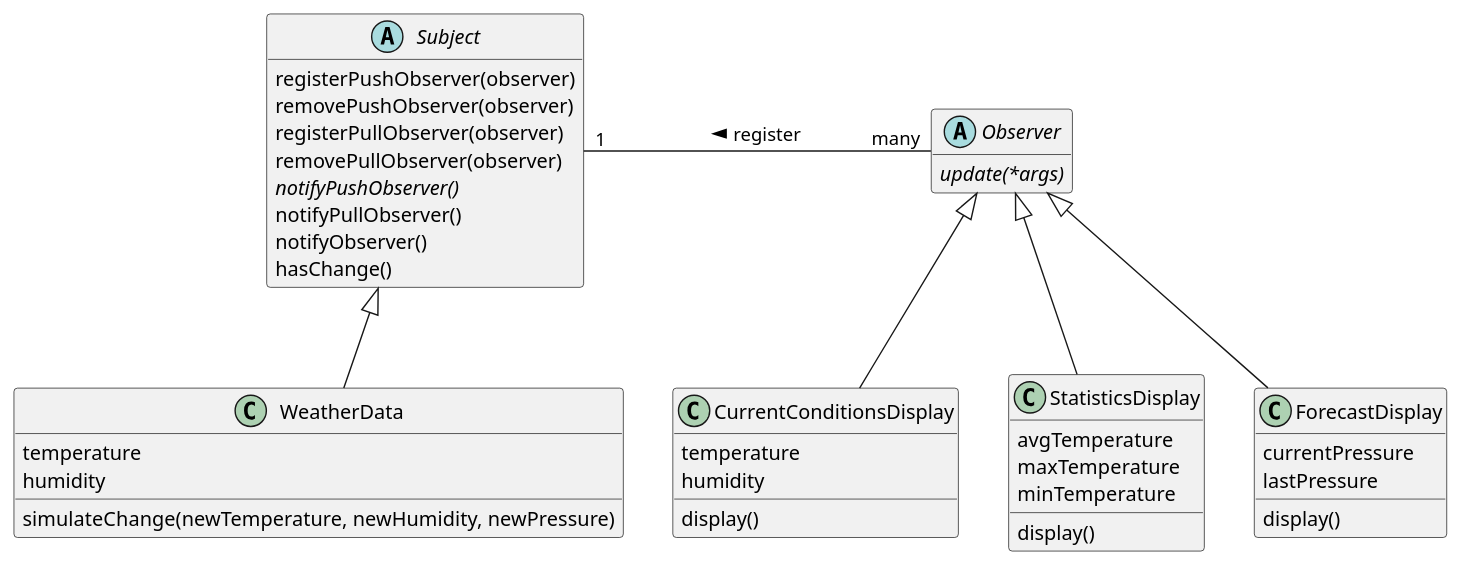
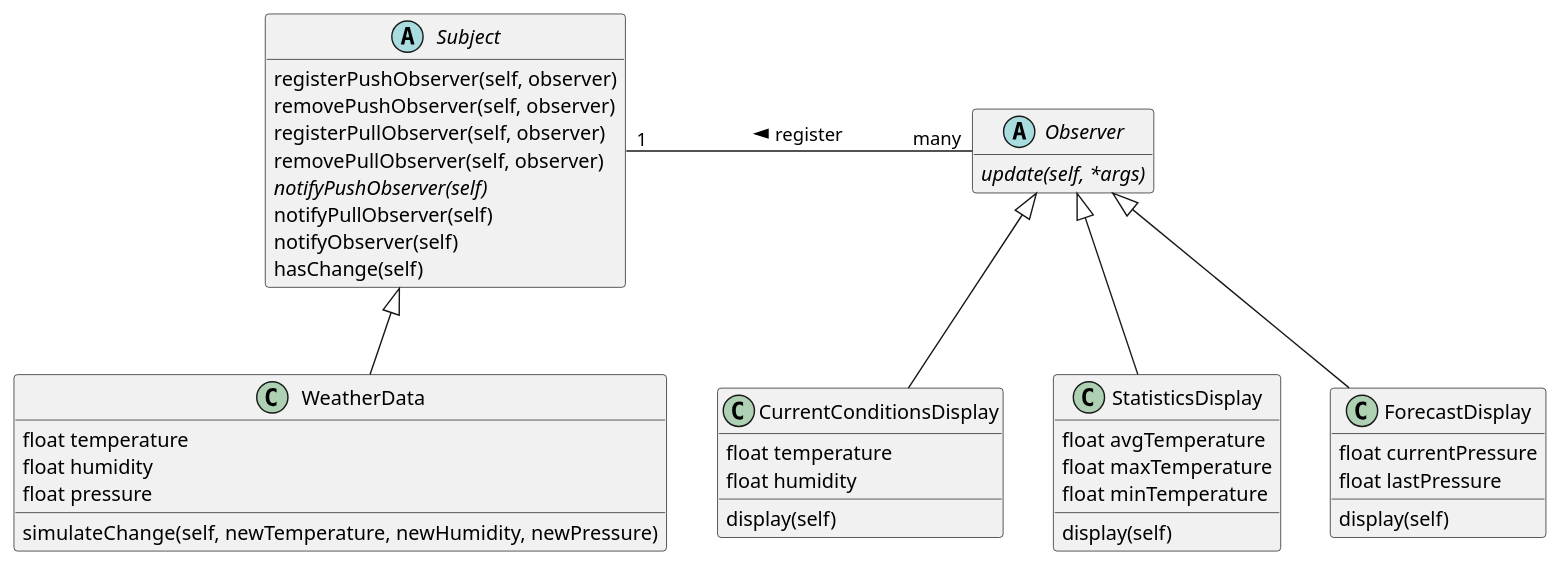
The diagram in 02_ObserverPattern/ObserverPattern.puml (gama79530/DesignPattern), drawn with PlantUML before and after one commit.

Commit message:
update Observer Pattern

```diff
--- a/02_ObserverPattern/ObserverPattern.puml
+++ b/02_ObserverPattern/ObserverPattern.puml
@@ -1,53 +1,54 @@
 @startuml
 
 hide empty members
 
 abstract class Subject{
-    registerPushObserver(observer)
-    removePushObserver(observer)
-    registerPullObserver(observer)
-    removePullObserver(observer)
-    {abstract} notifyPushObserver()
-    notifyPullObserver()
-    notifyObserver()
-    hasChange()
+    registerPushObserver(self, observer)
+    removePushObserver(self, observer)
+    registerPullObserver(self, observer)
+    removePullObserver(self, observer)
+    {abstract} notifyPushObserver(self)
+    notifyPullObserver(self)
+    notifyObserver(self)
+    hasChange(self)
 }
 
 class WeatherData{
-    temperature
-    humidity
-    simulateChange(newTemperature, newHumidity, newPressure)
+    float temperature
+    float humidity
+    float pressure
+    simulateChange(self, newTemperature, newHumidity, newPressure)
 }
 
 abstract class Observer{
-    {abstract} update(*args)
+    {abstract} update(self, *args)
 }
 
 class CurrentConditionsDisplay{
-    temperature
-    humidity
-    display()
+    float temperature
+    float humidity
+    display(self)
 }
 
 class StatisticsDisplay{
-    avgTemperature
-    maxTemperature
-    minTemperature
-    display()
+    float avgTemperature
+    float maxTemperature
+    float minTemperature
+    display(self)
 }
 
 class ForecastDisplay{
-    currentPressure
-    lastPressure
-    display()
+    float currentPressure
+    float lastPressure
+    display(self)
 }
 
 Subject <|-- WeatherData
 
 Observer <|-- CurrentConditionsDisplay
 Observer <|-- StatisticsDisplay
 Observer <|-- ForecastDisplay
 
 Subject "1" - "many" Observer : < register 
 
 @enduml
```
